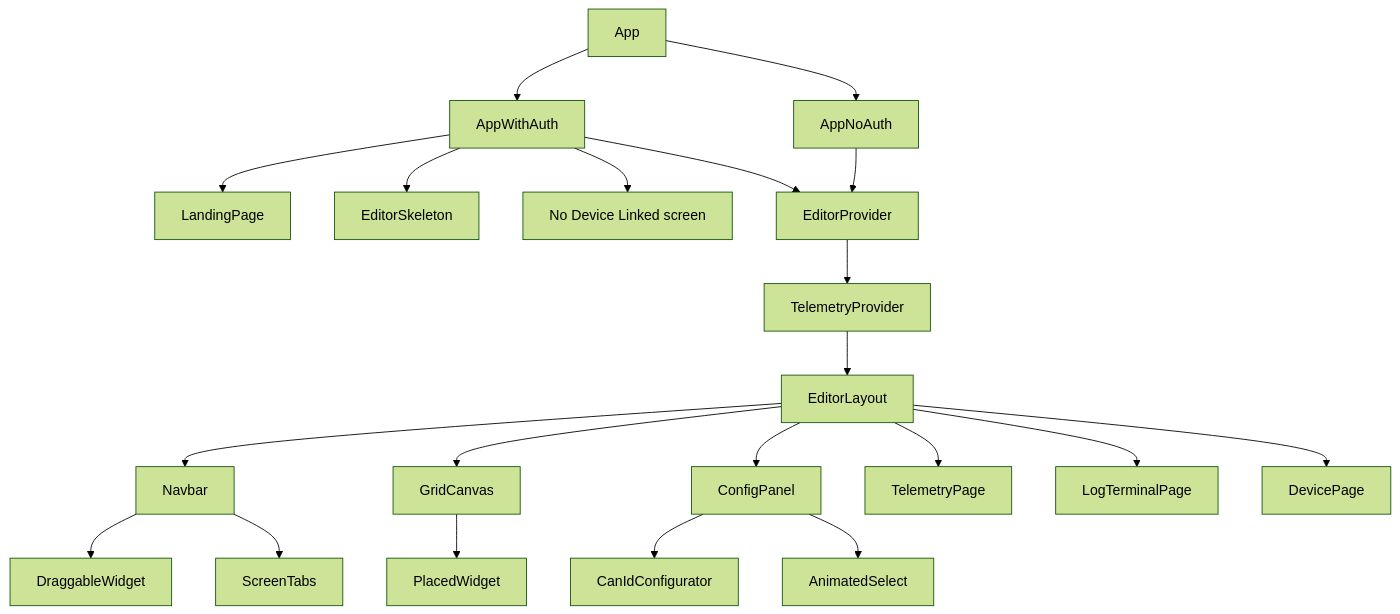
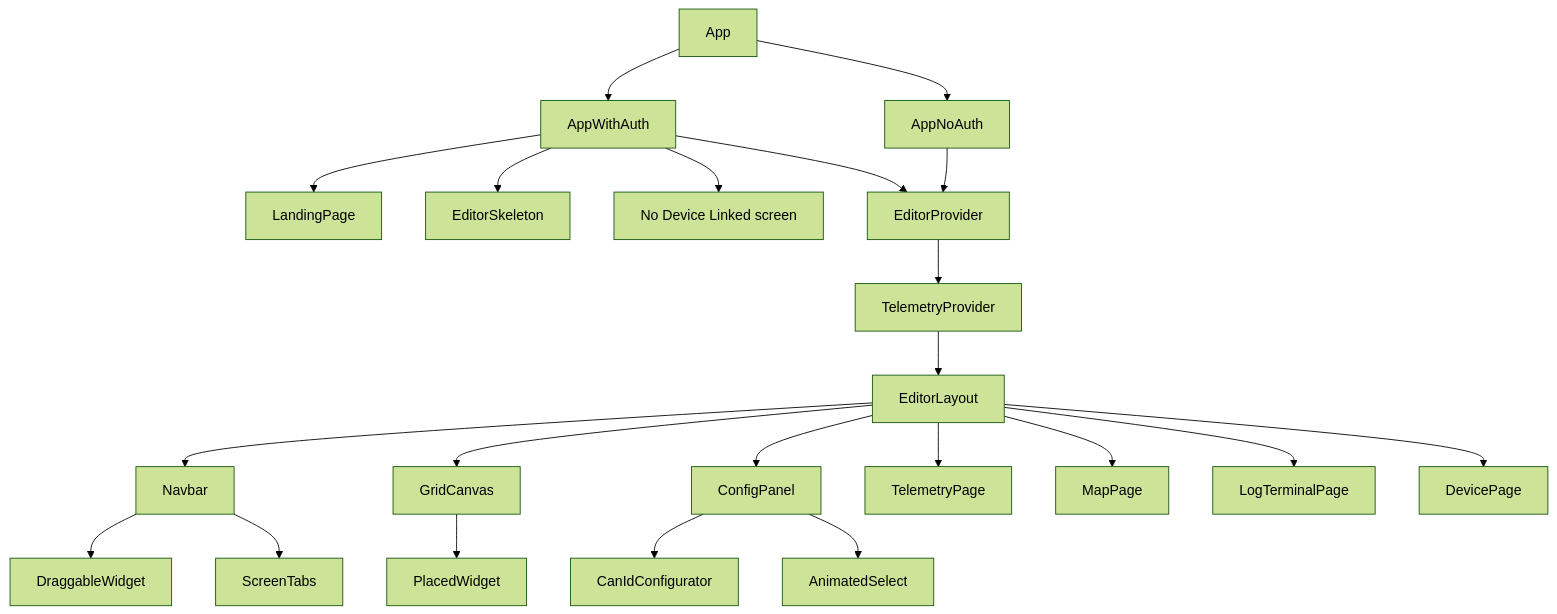
The diagram in documentation/architecture.md (evilspoon13/track-web), drawn with Mermaid (forest theme) before and after one commit. The commit also changed other lines of this file and 10 other files, not shown here.

````diff
--- a/documentation/architecture.md
+++ b/documentation/architecture.md
@@ -65,25 +67,26 @@
 ```mermaid
 graph TD
     App --> AppWithAuth
     App --> AppNoAuth
     AppWithAuth --> LandingPage
     AppWithAuth --> EditorSkeleton
     AppWithAuth --> NoDeviceView["No Device Linked screen"]
     AppWithAuth --> EditorProvider
     AppNoAuth --> EditorProvider
     EditorProvider --> TelemetryProvider
     TelemetryProvider --> EditorLayout
 
     EditorLayout --> Navbar
     EditorLayout --> GridCanvas
     EditorLayout --> ConfigPanel
     EditorLayout --> TelemetryPage
+    EditorLayout --> MapPage
     EditorLayout --> LogTerminalPage
     EditorLayout --> DevicePage
 
     Navbar --> DraggableWidget
     Navbar --> ScreenTabs
     GridCanvas --> PlacedWidget
     ConfigPanel --> CanIdConfigurator
     ConfigPanel --> AnimatedSelect
 ```
````
